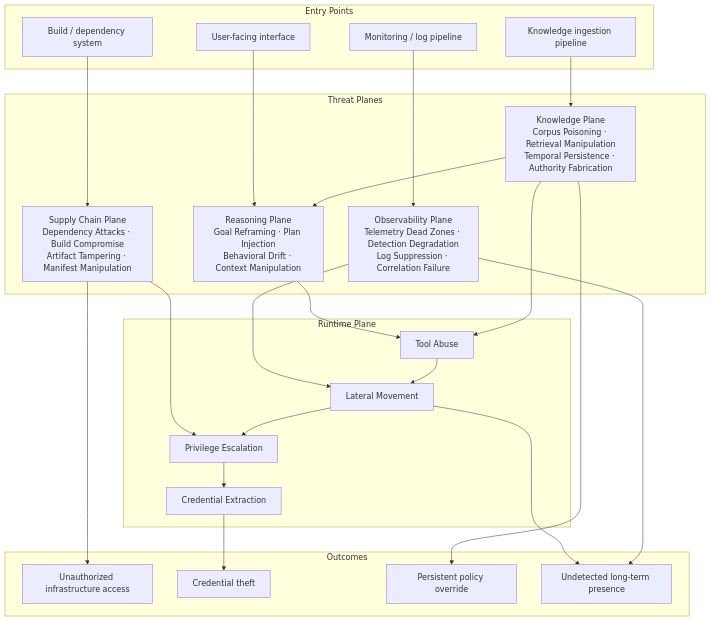
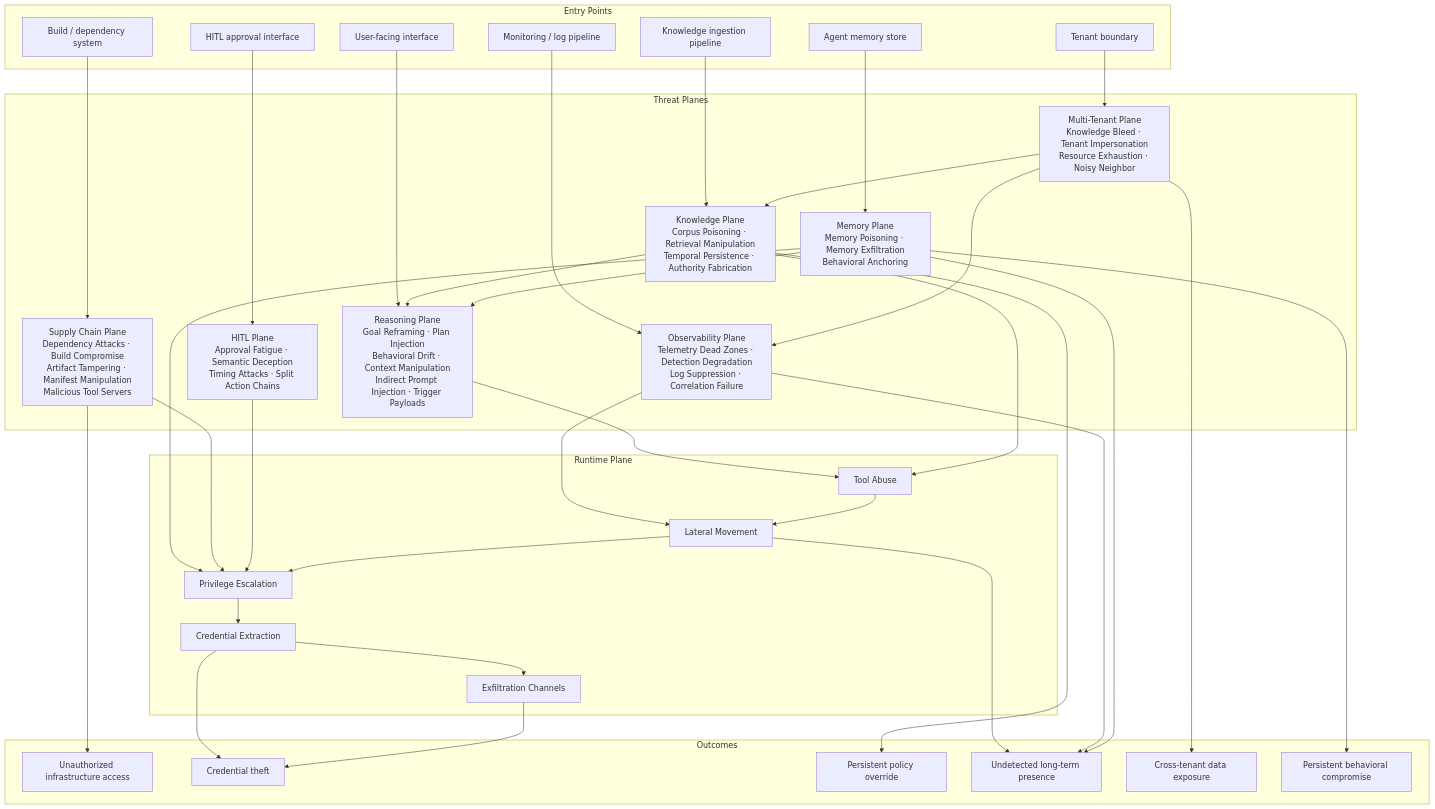
One commit to babywyrm/sysadmin changed the fourth of 5 diagrams in mcp/redteam/agentic__.md. Above: the diagram before and after it, drawn with Mermaid. The commit also changed other lines of this file, not shown here.

````diff
--- a/mcp/redteam/agentic__.md
+++ b/mcp/redteam/agentic__.md
@@ -453,51 +819,73 @@
 ```mermaid
 flowchart TD
     subgraph entry ["Entry Points"]
         E1[User-facing interface]
         E2[Knowledge ingestion pipeline]
         E3[Build / dependency system]
         E4[Monitoring / log pipeline]
+        E5[Agent memory store]
+        E6[HITL approval interface]
+        E7[Tenant boundary]
     end
 
     subgraph planes ["Threat Planes"]
-        RP[Reasoning Plane\nGoal Reframing · Plan Injection\nBehavioral Drift · Context Manipulation]
+        RP[Reasoning Plane\nGoal Reframing · Plan Injection\nBehavioral Drift · Context Manipulation\nIndirect Prompt Injection · Trigger Payloads]
         KP[Knowledge Plane\nCorpus Poisoning · Retrieval Manipulation\nTemporal Persistence · Authority Fabrication]
-        SP[Supply Chain Plane\nDependency Attacks · Build Compromise\nArtifact Tampering · Manifest Manipulation]
+        MP[Memory Plane\nMemory Poisoning · Memory Exfiltration\nBehavioral Anchoring]
+        SP[Supply Chain Plane\nDependency Attacks · Build Compromise\nArtifact Tampering · Manifest Manipulation\nMalicious Tool Servers]
         OP[Observability Plane\nTelemetry Dead Zones · Detection Degradation\nLog Suppression · Correlation Failure]
+        HP[HITL Plane\nApproval Fatigue · Semantic Deception\nTiming Attacks · Split Action Chains]
+        TP[Multi-Tenant Plane\nKnowledge Bleed · Tenant Impersonation\nResource Exhaustion · Noisy Neighbor]
     end
 
     subgraph runtime ["Runtime Plane"]
         RT1[Tool Abuse]
         RT2[Lateral Movement]
         RT3[Privilege Escalation]
         RT4[Credential Extraction]
+        RT5[Exfiltration Channels]
     end
 
     subgraph outcomes ["Outcomes"]
         OUT1[Unauthorized infrastructure access]
         OUT2[Credential theft]
         OUT3[Persistent policy override]
         OUT4[Undetected long-term presence]
+        OUT5[Cross-tenant data exposure]
+        OUT6[Persistent behavioral compromise]
     end
 
     E1 --> RP
     E2 --> KP
     E3 --> SP
     E4 --> OP
+    E5 --> MP
+    E6 --> HP
+    E7 --> TP
 
     RP --> RT1
     KP --> RP
     KP --> RT1
+    MP --> RP
+    MP --> RT3
     SP --> RT3
     OP --> RT2
+    HP --> RT3
+    TP --> KP
+    TP --> OP
 
     RT1 --> RT2
     RT2 --> RT3
     RT3 --> RT4
+    RT4 --> RT5
 
     RT4 --> OUT2
     RT2 --> OUT4
+    RT5 --> OUT2
     KP --> OUT3
+    MP --> OUT6
     SP --> OUT1
     OP --> OUT4
+    TP --> OUT5
+    MP --> OUT4
 ```
````
